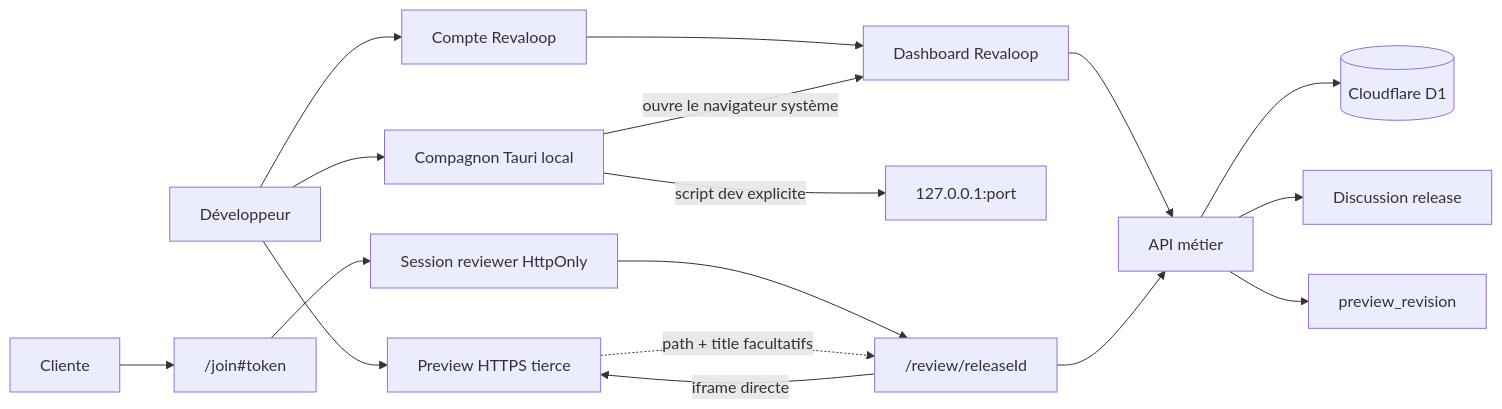
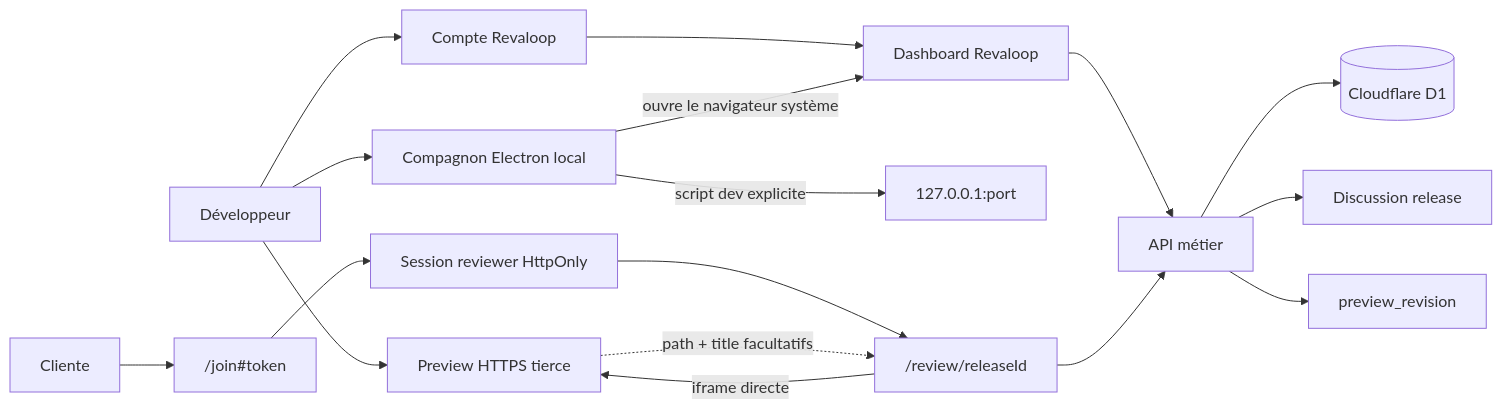
Before and after one commit to rfielbal/Revaloop: the first of 4 diagrams in docs/ARCHITECTURE.md, drawn with Mermaid. The commit also changed other lines of this file and 50 other files, not shown here.

Commit message:
Passe le compagnon sur Electron et prépare la première distribution

````diff
--- a/docs/ARCHITECTURE.md
+++ b/docs/ARCHITECTURE.md
@@ -22,21 +23,21 @@
 ```mermaid
 flowchart LR
     dev["Développeur"] --> auth["Compte Revaloop"]
     auth --> dashboard["Dashboard Revaloop"]
     dashboard --> api["API métier"]
 
     dev --> preview["Preview HTTPS tierce"]
-    dev --> desktop["Compagnon Tauri local"]
+    dev --> desktop["Compagnon Electron local"]
     desktop -->|"ouvre le navigateur système"| dashboard
     desktop -->|"script dev explicite"| local["127.0.0.1:port"]
     api --> d1[("Cloudflare D1")]
 
     client["Cliente"] --> join["/join#token"]
     join --> session["Session reviewer HttpOnly"]
     session --> review["/review/releaseId"]
     review --> api
     review -->|"iframe directe"| preview
     preview -. "path + title facultatifs" .-> review
     api --> messages["Discussion release"]
     api --> revision["preview_revision"]
 ```
````
